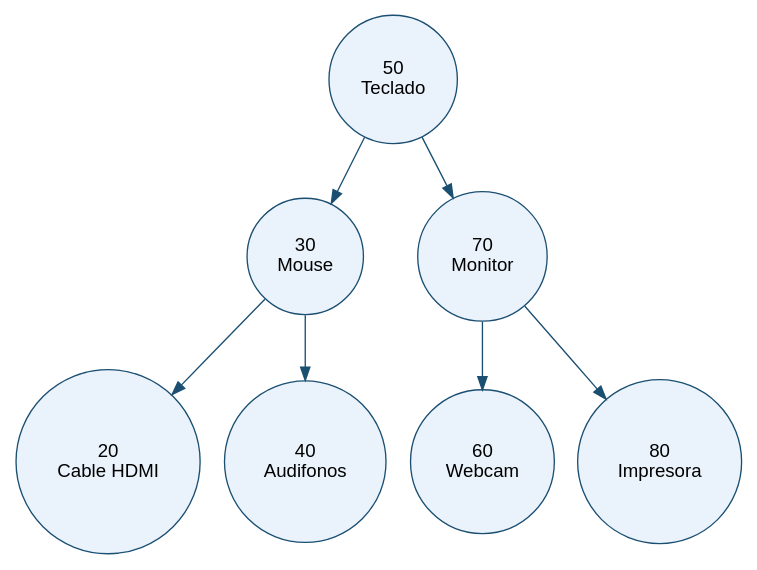
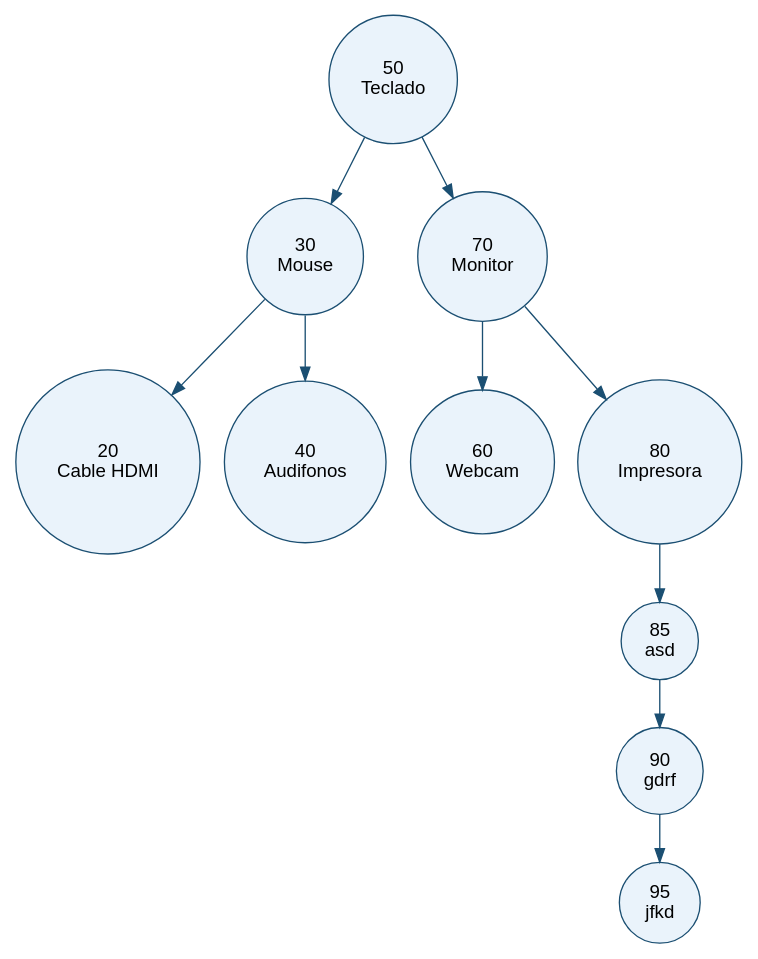
The diagram in Unidad 4 Estructuras No Lineales/EjemploArbol/arbol.dot (EliezerGG/IPC2_Repositorio), drawn with Graphviz before and after one commit. The commit also changed 13 other files, not shown here.

First line of the commit message:
Add diagrams and update project structure for AVL tree implementation

```diff
--- a/Unidad 4 Estructuras No Lineales/EjemploArbol/arbol.dot
+++ b/Unidad 4 Estructuras No Lineales/EjemploArbol/arbol.dot
@@ -1,17 +1,23 @@
 digraph Arbol {
   node [shape=circle, style=filled, fillcolor="#EAF3FB", color="#1B4F72", fontname="Helvetica"];
   edge [color="#1B4F72"];
   50 [label="50\nTeclado"];
   50 -> 30;
   30 [label="30\nMouse"];
   30 -> 20;
   20 [label="20\nCable HDMI"];
   30 -> 40;
   40 [label="40\nAudifonos"];
   50 -> 70;
   70 [label="70\nMonitor"];
   70 -> 60;
   60 [label="60\nWebcam"];
   70 -> 80;
   80 [label="80\nImpresora"];
+  80 -> 85;
+  85 [label="85\nasd"];
+  85 -> 90;
+  90 [label="90\ngdrf"];
+  90 -> 95;
+  95 [label="95\njfkd"];
 }
```
